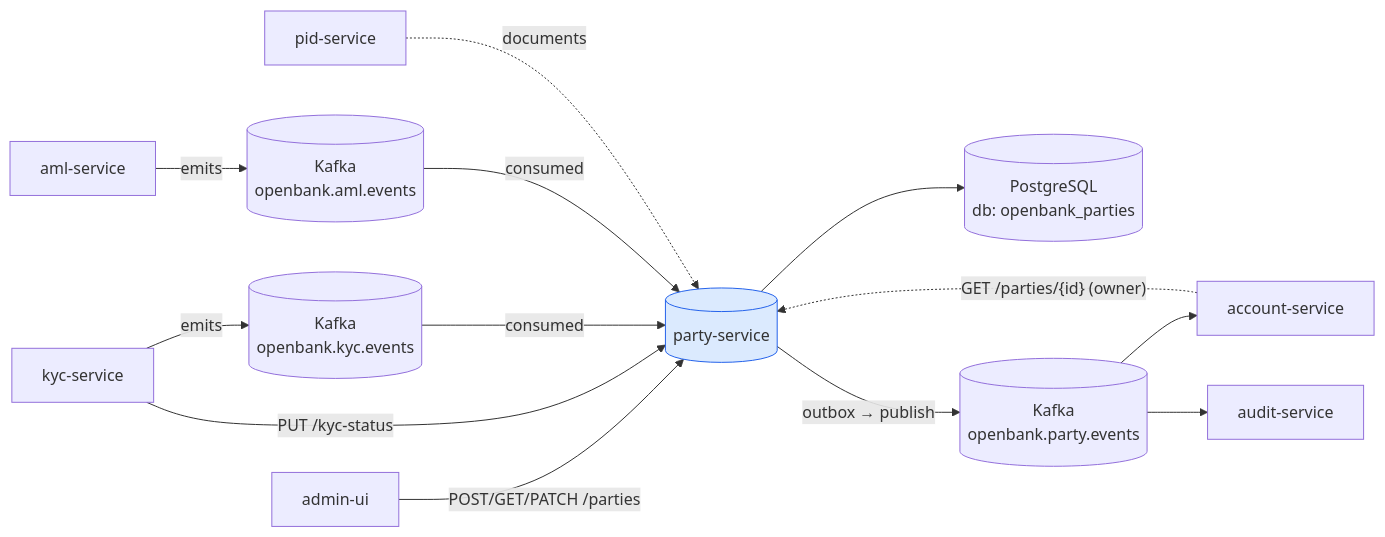
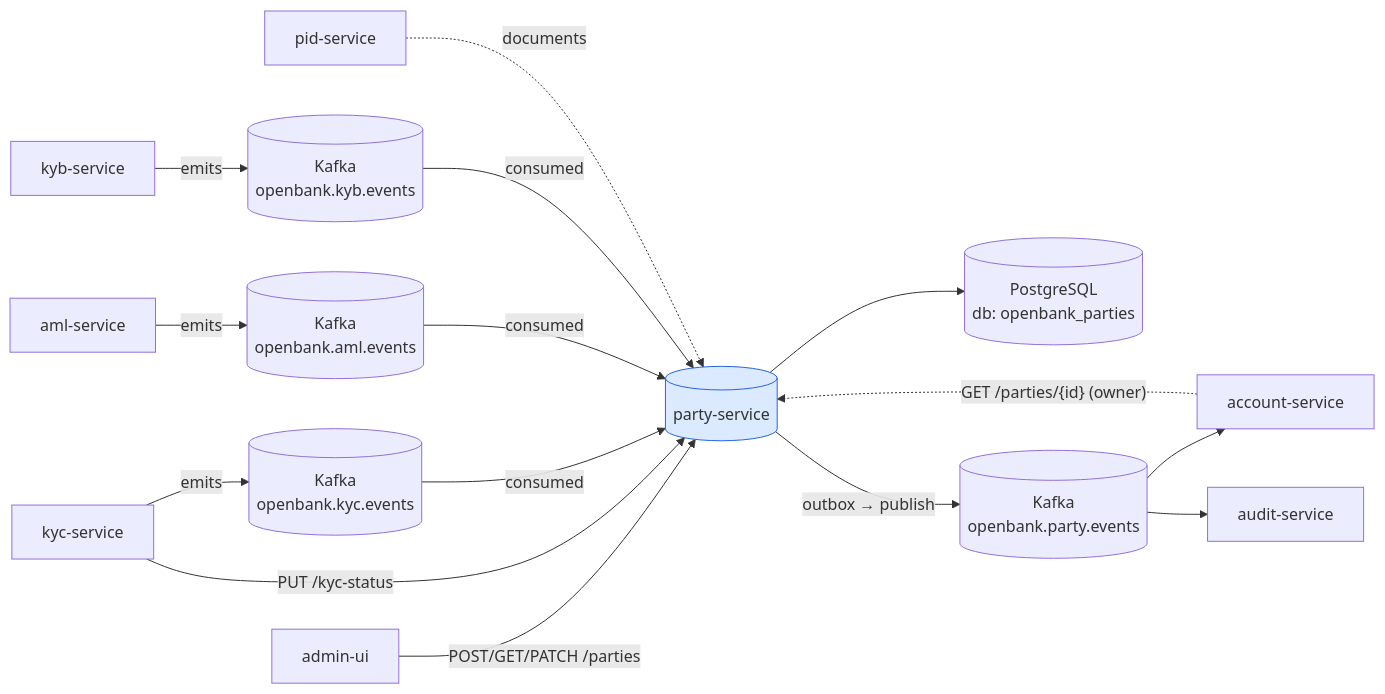
One commit to JiRaska/open-bank-oss changed the first of 3 diagrams in openbank-party-service/src/main/resources/docs/02-architecture.en.md. Above: the diagram before and after it, drawn with Mermaid. The commit also changed other lines of this file and 3 other files, not shown here.

First line of the commit message:
fix(party): land the kyb channel's gitops override after its image, document the consumer

````diff
--- a/openbank-party-service/src/main/resources/docs/02-architecture.en.md
+++ b/openbank-party-service/src/main/resources/docs/02-architecture.en.md
@@ -7,32 +7,36 @@
 ```mermaid
 graph LR
   admin[admin-ui]
   kyc[kyc-service]
+  kyb[kyb-service]
   aml[aml-service]
   acc[account-service]
   pid[pid-service]
   audit[audit-service]
 
   party[(party-service)]:::svc
   db[(PostgreSQL<br/>db: openbank_parties)]
   kafkaOut[(Kafka<br/>openbank.party.events)]
   kafkaKyc[(Kafka<br/>openbank.kyc.events)]
   kafkaAml[(Kafka<br/>openbank.aml.events)]
+  kafkaKyb[(Kafka<br/>openbank.kyb.events)]
 
   admin -- "POST/GET/PATCH /parties" --> party
   kyc -- "PUT /kyc-status" --> party
   acc -. "GET /parties/{id} (owner)" .-> party
 
   kyc -- "emits" --> kafkaKyc
   aml -- "emits" --> kafkaAml
   kafkaKyc -- "consumed" --> party
   kafkaAml -- "consumed" --> party
+  kyb -- "emits" --> kafkaKyb
+  kafkaKyb -- "consumed" --> party
 
   party --> db
   party -- "outbox → publish" --> kafkaOut
   kafkaOut --> acc
   kafkaOut --> audit
   pid -. "documents" .-> party
 
   classDef svc fill:#dbeafe,stroke:#2563eb
 ```
````
